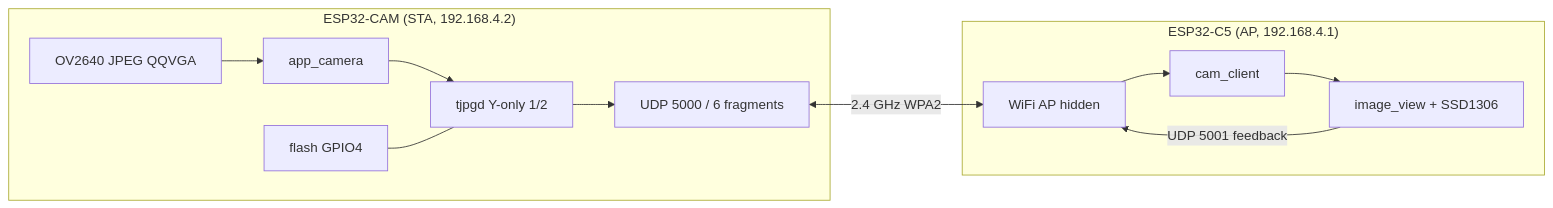
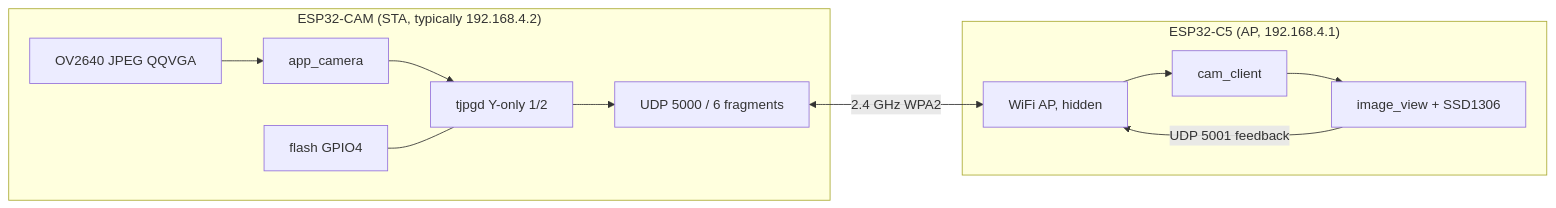
Before and after one commit to XDUPWW/ESP32-AirCamDuo: the diagram in README.md, drawn with Mermaid. The commit also changed other lines of this file and 2 other files, not shown here.

First line of the commit message:
docs: apply second review — ESP32-DuoVF naming, multi-button/preview planning

````diff
--- a/README.md
+++ b/README.md
@@ -7,15 +11,15 @@
 ```mermaid
 flowchart LR
-  subgraph CAM["ESP32-CAM (STA, 192.168.4.2)"]
+  subgraph CAM["ESP32-CAM (STA, typically 192.168.4.2)"]
     S[OV2640 JPEG QQVGA] --> C[app_camera]
     C --> D[tjpgd Y-only 1/2]
     D --> U[UDP 5000 / 6 fragments]
     L[flash GPIO4] --- D
   end
   subgraph C5["ESP32-C5 (AP, 192.168.4.1)"]
-    W[WiFi AP hidden] --> R[cam_client]
+    W[WiFi AP, hidden] --> R[cam_client]
     R --> V[image_view + SSD1306]
     V -->|UDP 5001 feedback| W
   end
   U <-->|2.4 GHz WPA2| W
 ```
````
